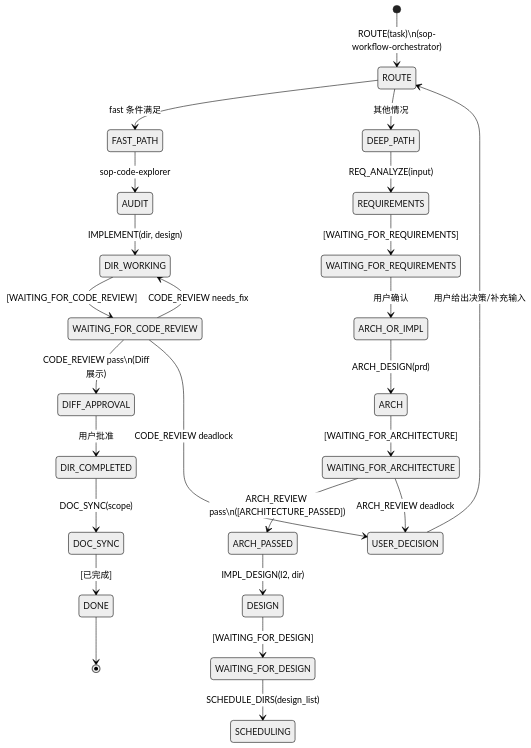
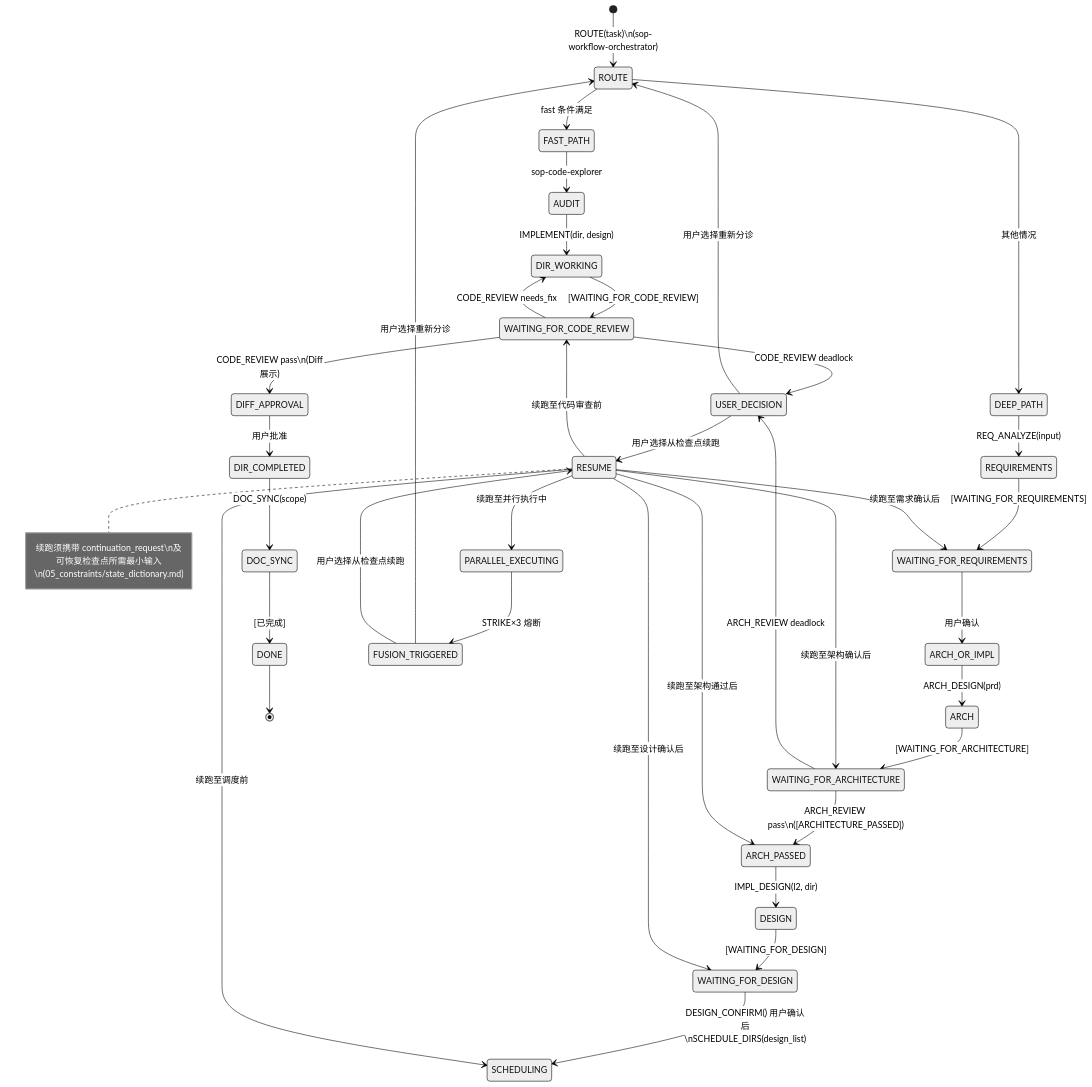
The first of 4 diagrams in docs/参考/sop_state_machine.md (luckyMUMU/OpenSpec-mumu), drawn with Mermaid (neutral theme) before and after one commit. The commit also changed other lines of this file and 15 other files, not shown here.

````diff
--- a/docs/参考/sop_state_machine.md
+++ b/docs/参考/sop_state_machine.md
@@ -103,32 +103,50 @@
 ```mermaid
 stateDiagram-v2
   [*] --> ROUTE: ROUTE(task)\n(sop-workflow-orchestrator)
 
   ROUTE --> FAST_PATH: fast 条件满足
   ROUTE --> DEEP_PATH: 其他情况
 
   FAST_PATH --> AUDIT: sop-code-explorer
   AUDIT --> DIR_WORKING: IMPLEMENT(dir, design)
   DIR_WORKING --> WAITING_FOR_CODE_REVIEW: [WAITING_FOR_CODE_REVIEW]
   WAITING_FOR_CODE_REVIEW --> DIFF_APPROVAL: CODE_REVIEW pass\n(Diff展示)
   WAITING_FOR_CODE_REVIEW --> DIR_WORKING: CODE_REVIEW needs_fix
   WAITING_FOR_CODE_REVIEW --> USER_DECISION: CODE_REVIEW deadlock
   DIFF_APPROVAL --> DIR_COMPLETED: 用户批准
   DIR_COMPLETED --> DOC_SYNC: DOC_SYNC(scope)
   DOC_SYNC --> DONE: [已完成]
 
   DEEP_PATH --> REQUIREMENTS: REQ_ANALYZE(input)
   REQUIREMENTS --> WAITING_FOR_REQUIREMENTS: [WAITING_FOR_REQUIREMENTS]
   WAITING_FOR_REQUIREMENTS --> ARCH_OR_IMPL: 用户确认
   ARCH_OR_IMPL --> ARCH: ARCH_DESIGN(prd)
   ARCH --> WAITING_FOR_ARCHITECTURE: [WAITING_FOR_ARCHITECTURE]
   WAITING_FOR_ARCHITECTURE --> ARCH_PASSED: ARCH_REVIEW pass\n([ARCHITECTURE_PASSED])
   WAITING_FOR_ARCHITECTURE --> USER_DECISION: ARCH_REVIEW deadlock
   ARCH_PASSED --> DESIGN: IMPL_DESIGN(l2, dir)
   DESIGN --> WAITING_FOR_DESIGN: [WAITING_FOR_DESIGN]
-  WAITING_FOR_DESIGN --> SCHEDULING: SCHEDULE_DIRS(design_list)
+  WAITING_FOR_DESIGN --> SCHEDULING: DESIGN_CONFIRM() 用户确认后\nSCHEDULE_DIRS(design_list)
 
-  USER_DECISION --> ROUTE: 用户给出决策/补充输入
+  state USER_DECISION [USER_DECISION]
+  state FUSION_TRIGGERED [FUSION_TRIGGERED]
+  state RESUME [从检查点续跑]
+
+  USER_DECISION --> ROUTE: 用户选择重新分诊
+  USER_DECISION --> RESUME: 用户选择从检查点续跑
+  FUSION_TRIGGERED --> ROUTE: 用户选择重新分诊
+  FUSION_TRIGGERED --> RESUME: 用户选择从检查点续跑
+
+  RESUME --> WAITING_FOR_REQUIREMENTS: 续跑至需求确认后
+  RESUME --> WAITING_FOR_ARCHITECTURE: 续跑至架构确认后
+  RESUME --> ARCH_PASSED: 续跑至架构通过后
+  RESUME --> WAITING_FOR_DESIGN: 续跑至设计确认后
+  RESUME --> SCHEDULING: 续跑至调度前
+  RESUME --> PARALLEL_EXECUTING: 续跑至并行执行中
+  PARALLEL_EXECUTING --> FUSION_TRIGGERED: STRIKE×3 熔断
+  RESUME --> WAITING_FOR_CODE_REVIEW: 续跑至代码审查前
+
+  note right of RESUME: 续跑须携带 continuation_request\n及可恢复检查点所需最小输入\n(05_constraints/state_dictionary.md)
 
   DONE --> [*]
 ```
````
